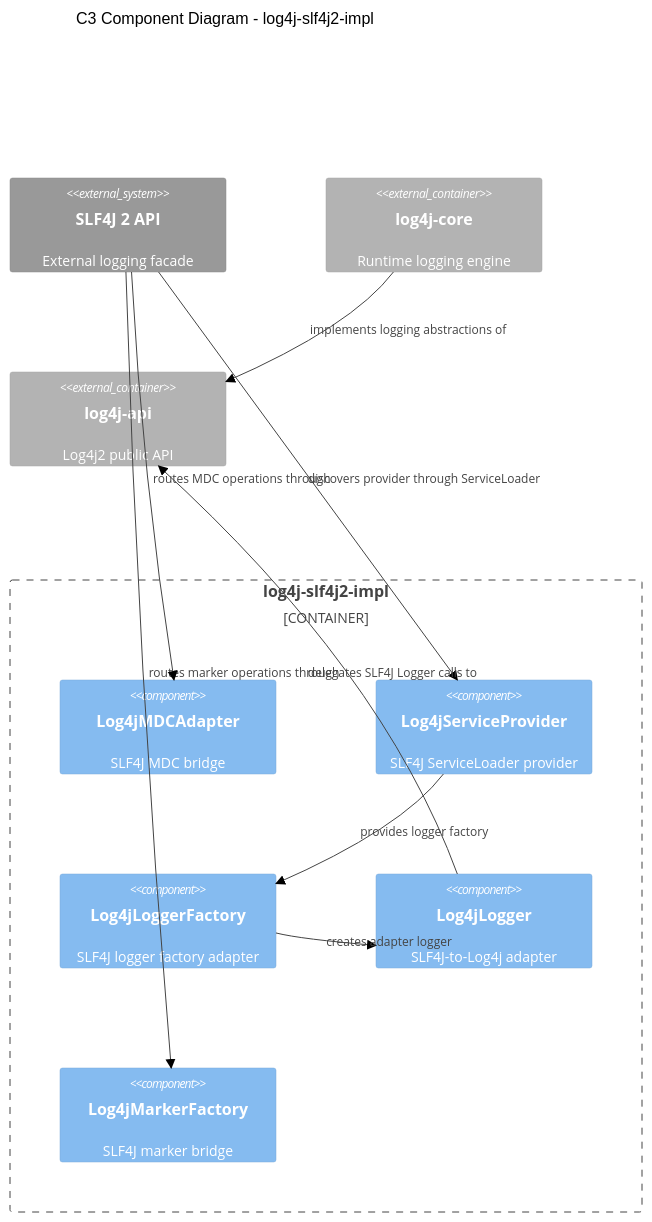
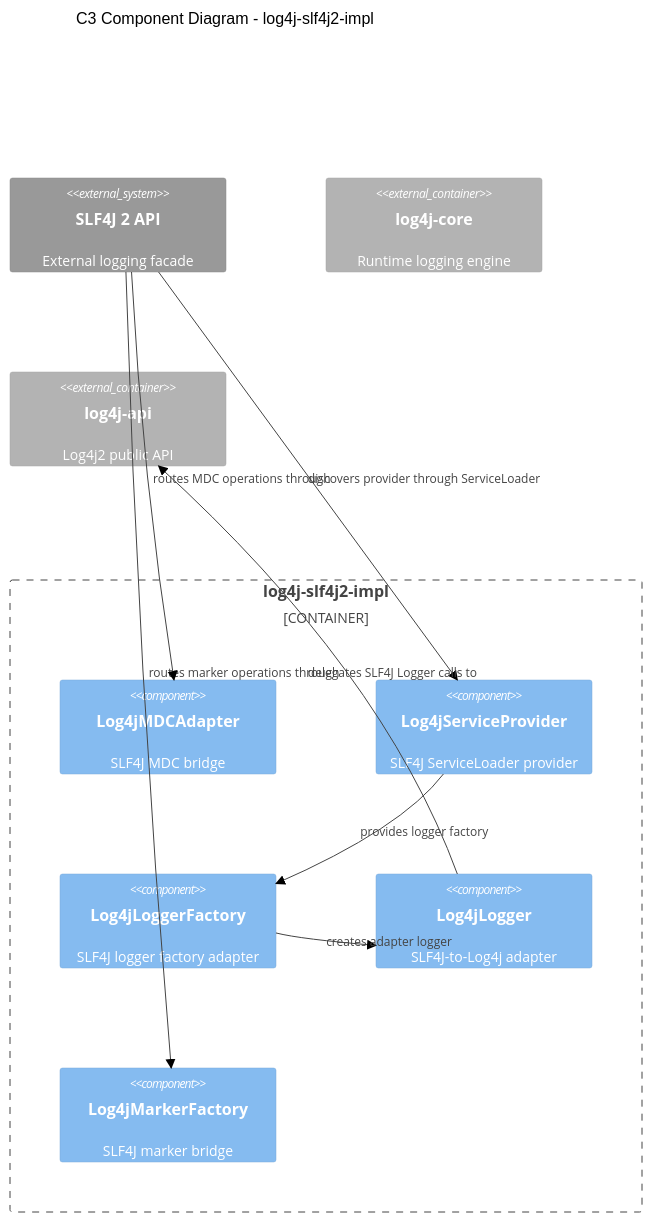
Before and after one commit to SwDA-Team07/AY-25-26-project: the sixth of 8 diagrams in docs/architecture.md, drawn with Mermaid (neutral theme). The commit also changed other lines of this file, not shown here.

First line of the commit message:
docs: Fixed diagram inconsistency

````diff
--- a/docs/architecture.md
+++ b/docs/architecture.md
@@ -249,26 +250,25 @@
 ```mermaid
 C4Component
 title C3 Component Diagram - log4j-slf4j2-impl
 
 System_Ext(slf4jApi, "SLF4J 2 API", "External logging facade")
 Container_Ext(core, "log4j-core",, "Runtime logging engine")
 Container_Ext(log4jApi, "log4j-api",, "Log4j2 public API")
 
 
 Container_Boundary(slf4jImpl, "log4j-slf4j2-impl") {
 
     Component(mdc, "Log4jMDCAdapter",, "SLF4J MDC bridge")
     Component(provider, "Log4jServiceProvider",, "SLF4J ServiceLoader provider")
     Component(factory, "Log4jLoggerFactory",, "SLF4J logger factory adapter")
     Component(adapter, "Log4jLogger",, "SLF4J-to-Log4j adapter")
     Component(marker, "Log4jMarkerFactory",, "SLF4J marker bridge")
 }
 
 Rel(slf4jApi, provider, "discovers provider through ServiceLoader")
 Rel(provider, factory, "provides logger factory")
 Rel(factory, adapter, "creates adapter logger")
 Rel(adapter, log4jApi, "delegates SLF4J Logger calls to")
 Rel(slf4jApi, marker, "routes marker operations through")
 Rel(slf4jApi, mdc, "routes MDC operations through")
-Rel(core, log4jApi, "implements logging abstractions of")
 ```
````
